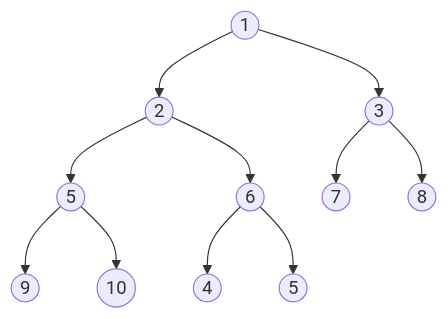
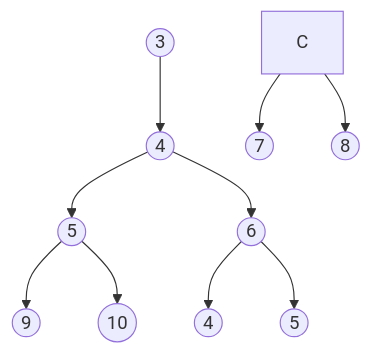
Before and after one commit to aojedam/MCC_Algoritmos_2022: the first of 2 diagrams in README.md, drawn with Mermaid. The commit also changed other lines of this file and 1 other file, not shown here.

````diff
--- a/README.md
+++ b/README.md
@@ -48,13 +79,12 @@
 ```mermaid
 graph TB
-    A((1))-->B((2))
-    A-->C((3))
+    A((3))-->B((4))
     B-->E((5))
     B-->F((6))
     C-->G((7))
     C-->H((8))
     E-->I((9))
     E-->J((10))    
     F-->D((4))
     F-->K((5))
 ```
````
